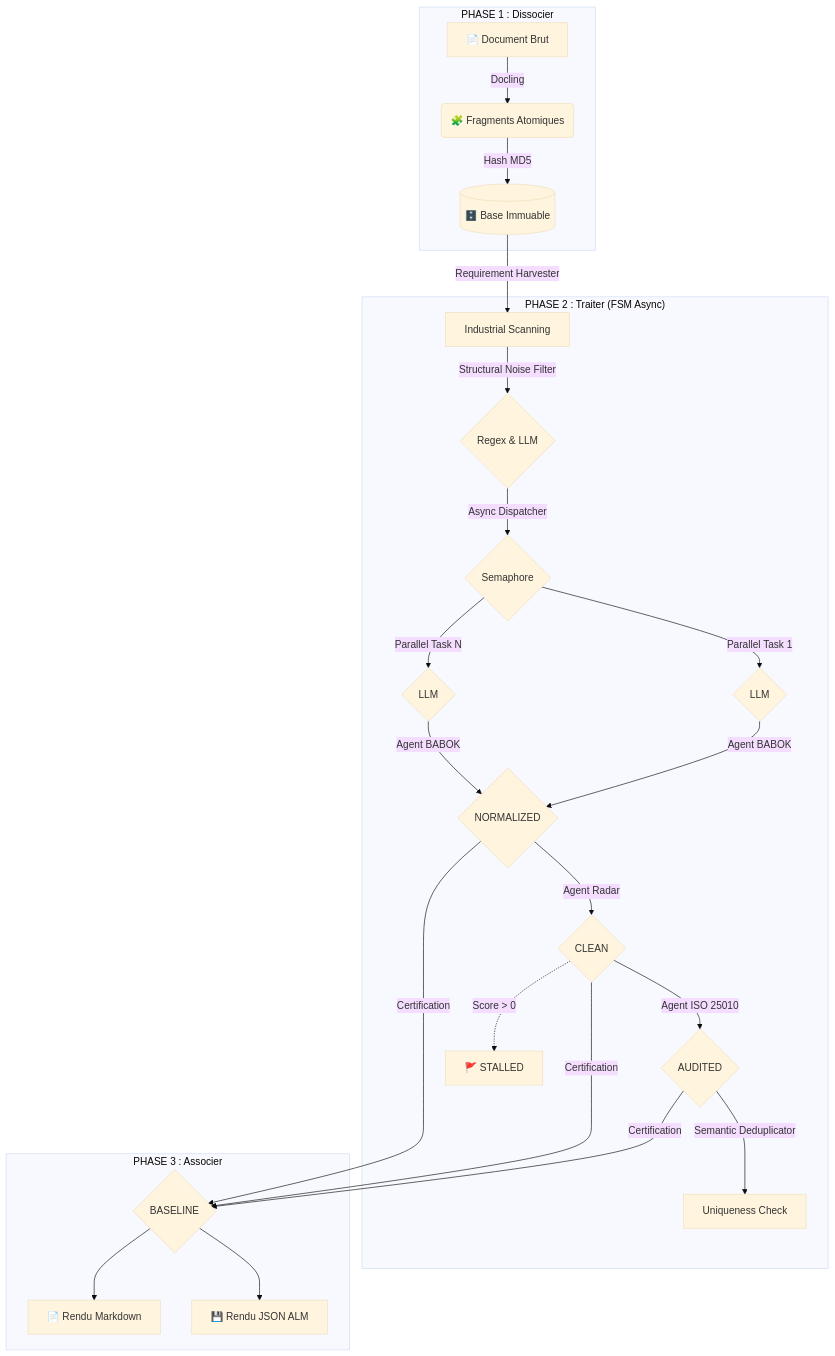
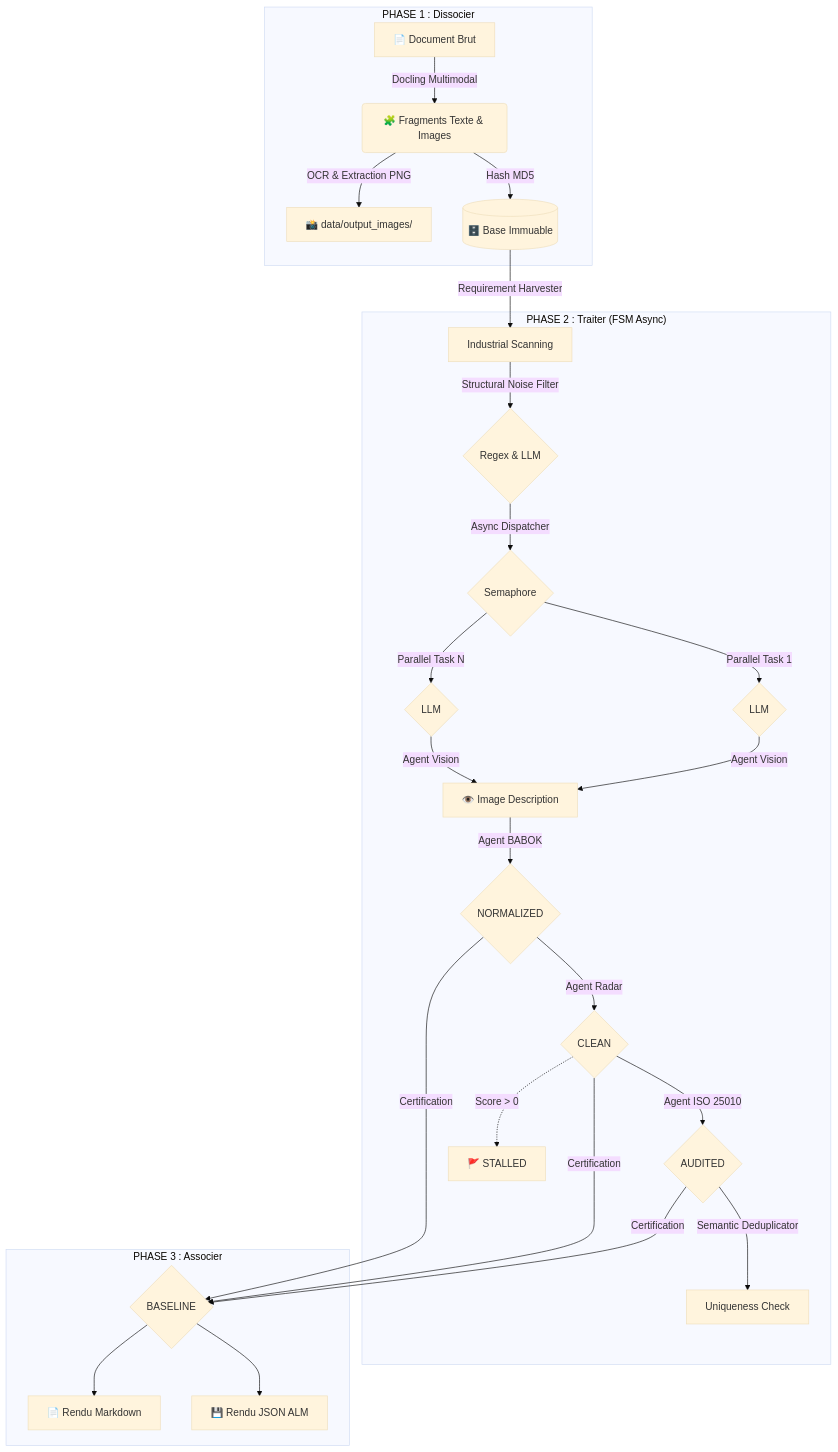
One commit to RodMan121/rfp-analyse-ia changed the diagram in ARCHITECTURE.md. Above: the diagram before and after it, drawn with Mermaid (base theme). The commit also changed other lines of this file and 3 other files, not shown here.

Commit message:
docs: synchronisation complète de l'architecture multimodale et du journal de bord

````diff
--- a/ARCHITECTURE.md
+++ b/ARCHITECTURE.md
@@ -9,26 +9,28 @@
 ```mermaid
 graph TD
     subgraph "PHASE 1 : Dissocier"
-        A[📄 Document Brut] -->|Docling| B(🧩 Fragments Atomiques)
+        A[📄 Document Brut] -->|Docling Multimodal| B(🧩 Fragments Texte & Images)
+        B -->|OCR & Extraction PNG| IMG[📸 data/output_images/]
         B -->|Hash MD5| C[(🗄️ Base Immuable)]
     end
     
     subgraph "PHASE 2 : Traiter (FSM Async)"
         C -->|Requirement Harvester| D[Industrial Scanning]
         D -->|Structural Noise Filter| FILT{Regex & LLM}
         FILT -->|Async Dispatcher| SEM{Semaphore}
         SEM -->|Parallel Task 1| LLM1{LLM}
         SEM -->|Parallel Task N| LLM2{LLM}
-        LLM1 & LLM2 -->|Agent BABOK| E{NORMALIZED}
+        LLM1 & LLM2 -->|Agent Vision| VIS[👁️ Image Description]
+        VIS -->|Agent BABOK| E{NORMALIZED}
         E -->|Agent Radar| F{CLEAN}
         F -->|Agent ISO 25010| G{AUDITED}
         G -->|Semantic Deduplicator| DEDUP[Uniqueness Check]
         F -.->|Score > 0| H[🚩 STALLED]
     end
     
     subgraph "PHASE 3 : Associer"
         G & F & E -->|Certification| I{BASELINE}
         I --> J[📄 Rendu Markdown]
         I --> K[💾 Rendu JSON ALM]
     end
 ```
````
